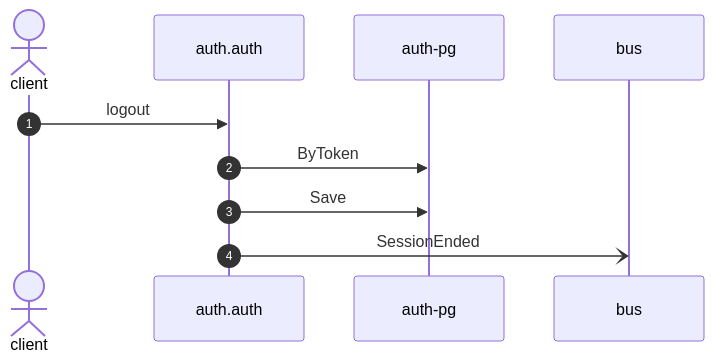
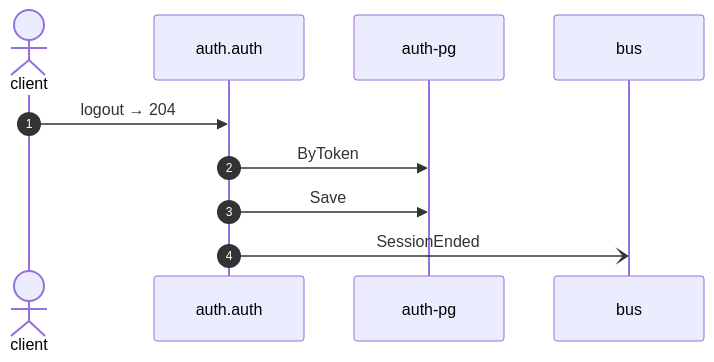
Before and after one commit to shortlink-org/portolan: the diagram in docs/flows/auth-logout.md, drawn with Mermaid. The commit also changed other lines of this file and 87 other files, not shown here.

````diff
--- a/docs/flows/auth-logout.md
+++ b/docs/flows/auth-logout.md
@@ -22,12 +22,12 @@
 ```mermaid
 sequenceDiagram
     autonumber
     actor p0 as client
     participant p1 as auth.auth
     participant p2 as auth-pg
     participant p3 as bus
-    p0->>p1: logout
+    p0->>p1: logout → 204
     p1->>p2: ByToken
     p1->>p2: Save
     p1-)p3: SessionEnded
 ```
````
